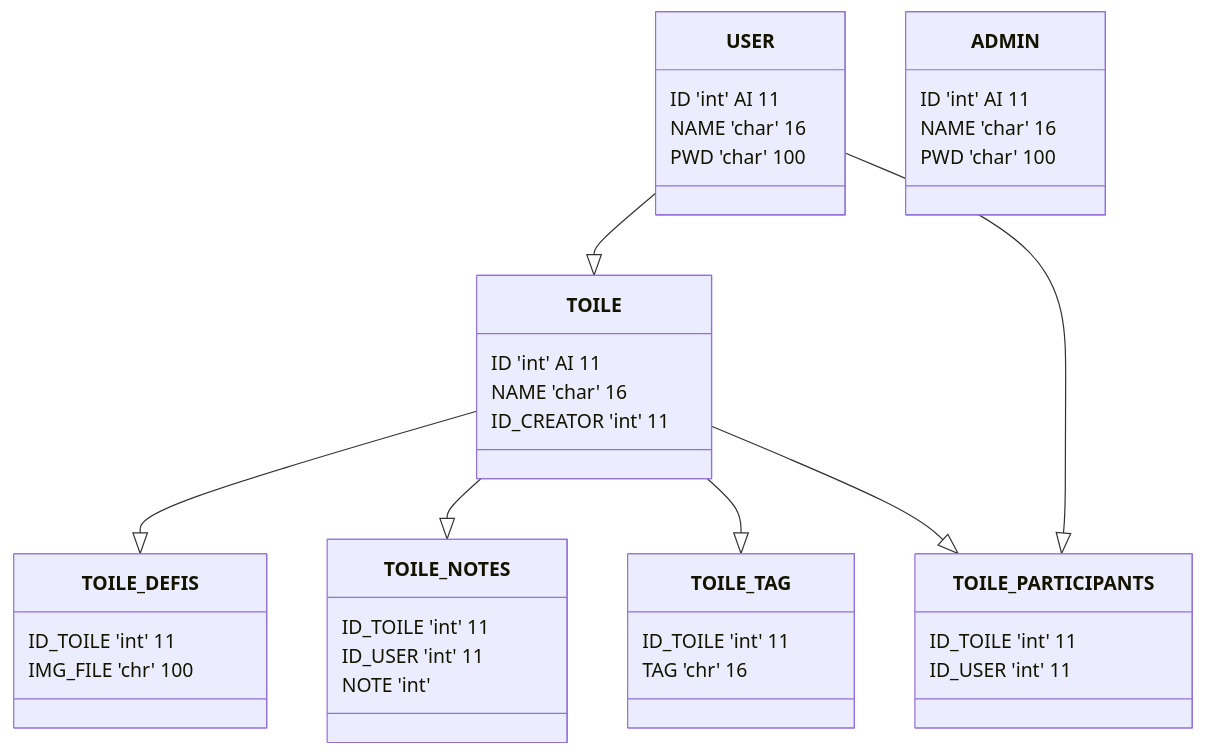
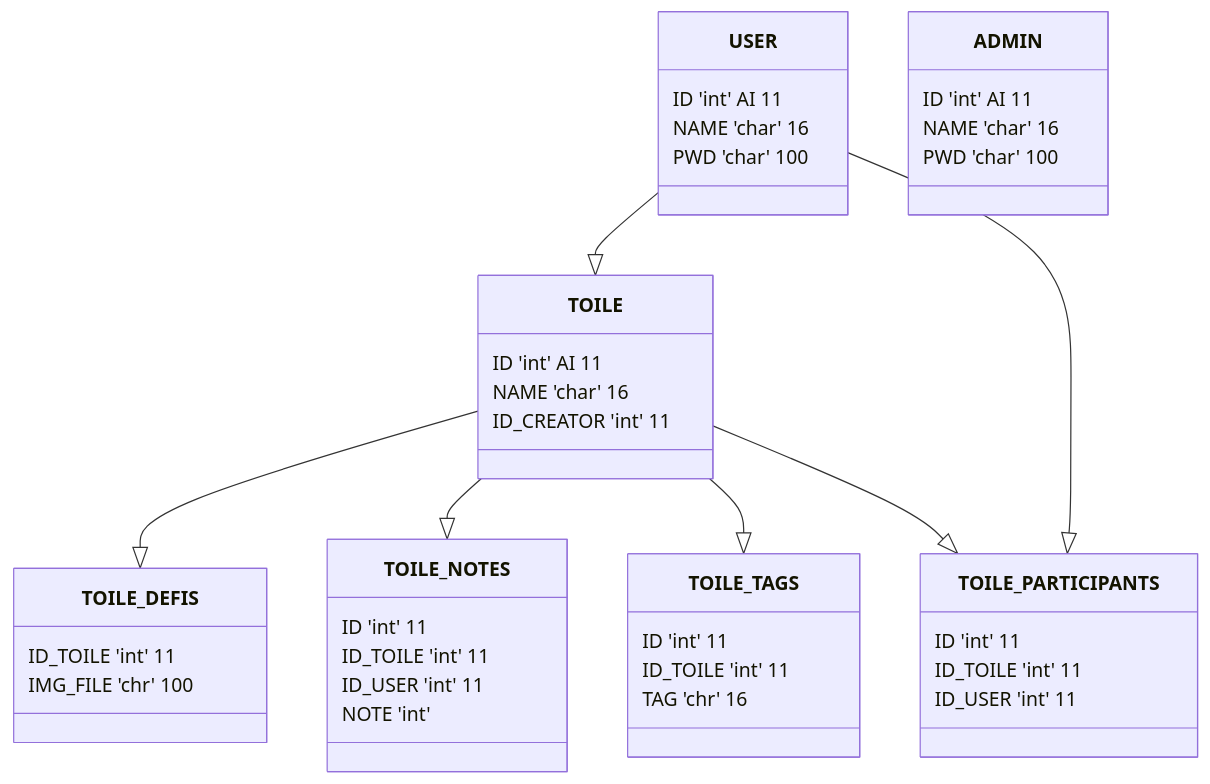
The diagram in README.md (Outoine15/CollectArt), drawn with Mermaid before and after one commit. The commit also changed other lines of this file and 2 other files, not shown here.

Commit message:
update db schema + format table

````diff
--- a/README.md
+++ b/README.md
@@ -9,41 +9,44 @@
 ```mermaid
 classDiagram
     USER --|> TOILE
     TOILE --|> TOILE_DEFIS
     TOILE --|> TOILE_NOTES
-    TOILE --|> TOILE_TAG
+    TOILE --|> TOILE_TAGS
     TOILE --|> TOILE_PARTICIPANTS
     USER --|> TOILE_PARTICIPANTS
     class ADMIN{
         ID 'int' AI 11
         NAME 'char' 16
         PWD 'char' 100
     }
     class USER{
         ID 'int' AI 11
         NAME 'char' 16
         PWD 'char' 100
     }
     class TOILE{
         ID 'int' AI 11
         NAME 'char' 16
         ID_CREATOR 'int' 11
     }
-    class TOILE_TAG{
+    class TOILE_TAGS{
+        ID 'int' 11
         ID_TOILE 'int' 11
         TAG 'chr' 16
     }
-        class TOILE_PARTICIPANTS{
+    class TOILE_PARTICIPANTS{
+        ID 'int' 11
         ID_TOILE 'int' 11
         ID_USER 'int' 11
     }
     class TOILE_NOTES{
+        ID 'int' 11
         ID_TOILE 'int' 11
         ID_USER 'int' 11
         NOTE 'int'
     }
     class TOILE_DEFIS{
         ID_TOILE 'int' 11
         IMG_FILE 'chr' 100
     }
 ```
````
